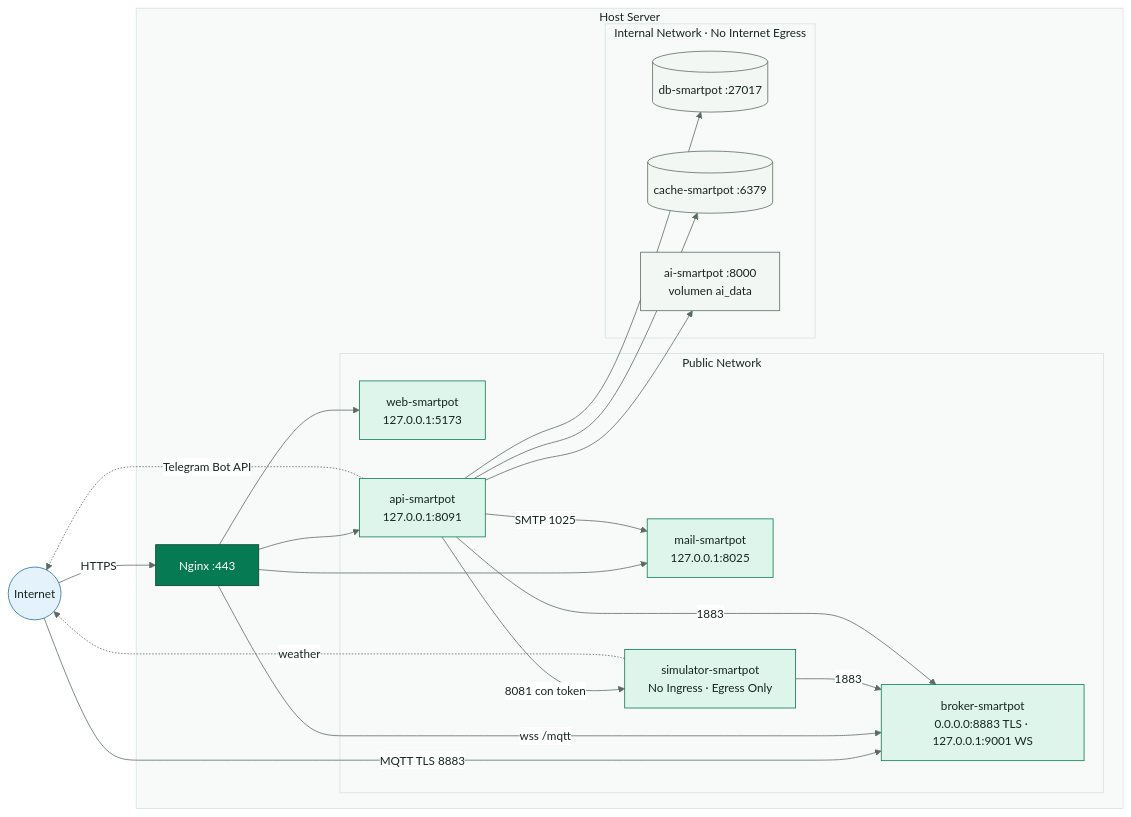
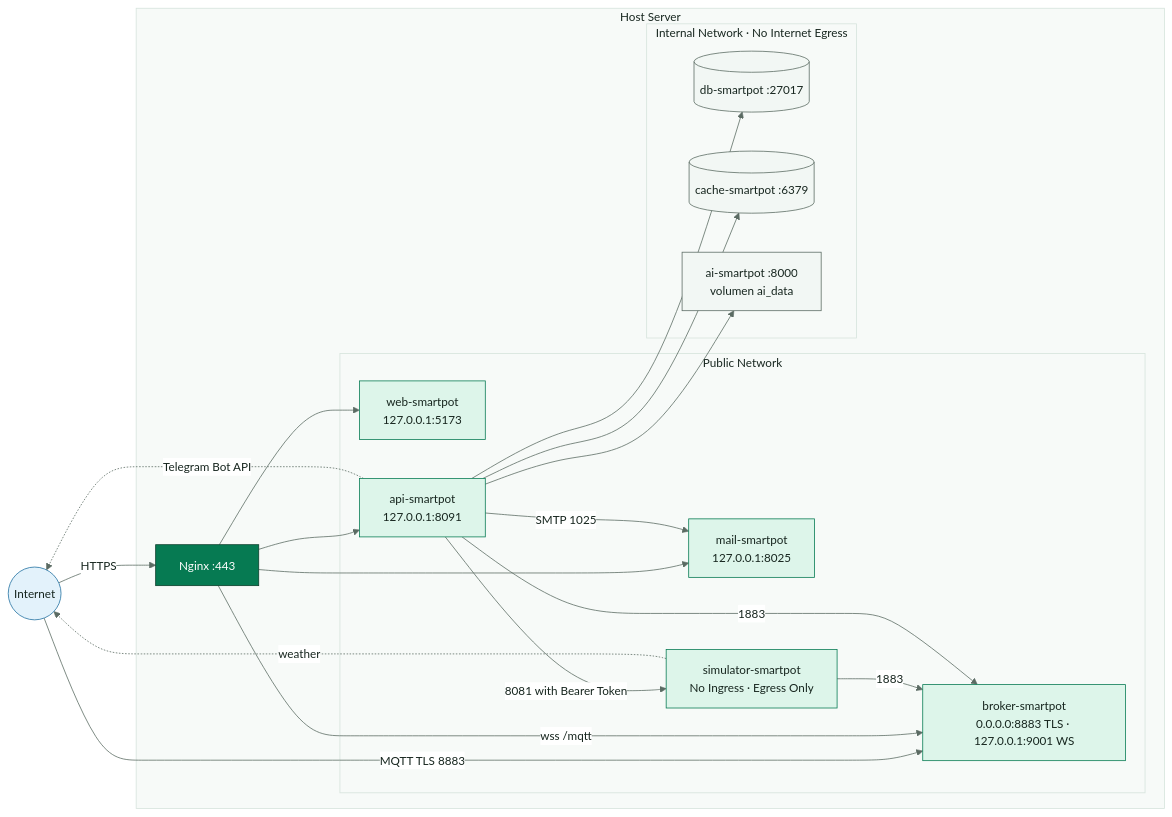
Before and after one commit to SmartPotTech/.github: diagram 12 of 14 in docs/SmartPot_Technical_Documentation.md, drawn with Mermaid. The commit also changed other lines of this file and 78 other files, not shown here.

Commit message:
docs(architecture): update and standardize architecture diagrams via archify [skip deploy] #no-deploy

````diff
--- a/docs/SmartPot_Technical_Documentation.md
+++ b/docs/SmartPot_Technical_Documentation.md
@@ -663,43 +663,43 @@
 ```mermaid
 %%{init: {"theme": "base", "fontFamily": "Segoe UI, Arial, sans-serif", "themeVariables": {"fontFamily": "Segoe UI, Arial, sans-serif", "fontSize": "15px", "primaryColor": "#DDF5EA", "primaryTextColor": "#17261F", "primaryBorderColor": "#067A52", "secondaryColor": "#E3F2FB", "secondaryTextColor": "#17261F", "secondaryBorderColor": "#1F6FA0", "tertiaryColor": "#F2F7F4", "tertiaryTextColor": "#17261F", "tertiaryBorderColor": "#D5E3DC", "lineColor": "#5B6B63", "textColor": "#17261F", "mainBkg": "#DDF5EA", "nodeBorder": "#067A52", "clusterBkg": "#F7FAF8", "clusterBorder": "#D5E3DC", "edgeLabelBackground": "#FFFFFF", "actorBkg": "#067A52", "actorBorder": "#0B3D2B", "actorTextColor": "#FFFFFF", "actorLineColor": "#5B6B63", "signalColor": "#17261F", "signalTextColor": "#17261F", "labelBoxBkgColor": "#0B3D2B", "labelBoxBorderColor": "#0B3D2B", "labelTextColor": "#FFFFFF", "loopTextColor": "#0B3D2B", "noteBkgColor": "#FDF4DD", "noteBorderColor": "#C98D12", "noteTextColor": "#17261F", "activationBkgColor": "#DDF5EA", "activationBorderColor": "#067A52", "attributeBackgroundColorOdd": "#FFFFFF", "attributeBackgroundColorEven": "#F2F7F4"}}}%%
 flowchart LR
   internet(("Internet"))
   subgraph host["Host Server"]
     nginx["Nginx :443"]
     subgraph public["Public Network"]
       web["web-smartpot<br/>127.0.0.1:5173"]
       api["api-smartpot<br/>127.0.0.1:8091"]
       broker["broker-smartpot<br/>0.0.0.0:8883 TLS · 127.0.0.1:9001 WS"]
       mail["mail-smartpot<br/>127.0.0.1:8025"]
       sim["simulator-smartpot<br/>No Ingress · Egress Only"]
     end
     subgraph internal["Internal Network · No Internet Egress"]
       db[("db-smartpot :27017")]
       cache[("cache-smartpot :6379")]
       ai["ai-smartpot :8000<br/>volumen ai_data"]
     end
   end
   internet -->|"HTTPS"| nginx
   internet -->|"MQTT TLS 8883"| broker
   nginx --> web
   nginx --> api
   nginx -->|"wss /mqtt"| broker
   nginx --> mail
   api --> db
   api --> cache
   api --> ai
-  api -->|"8081 con token"| sim
+  api -->|"8081 with Bearer Token"| sim
   sim -->|"1883"| broker
   sim -.->|"weather"| internet
   api -.->|"Telegram Bot API"| internet
   api -->|"1883"| broker
   api -->|"SMTP 1025"| mail
   classDef pub fill:#DDF5EA,stroke:#067A52,color:#17261F
   classDef priv fill:#F2F7F4,stroke:#5B6B63,color:#17261F
   classDef gate fill:#067A52,stroke:#0B3D2B,color:#FFFFFF
   classDef world fill:#E3F2FB,stroke:#1F6FA0,color:#17261F
   class web,api,broker,mail,sim pub
   class db,cache,ai priv
   class nginx gate
   class internet world
 ```
````
